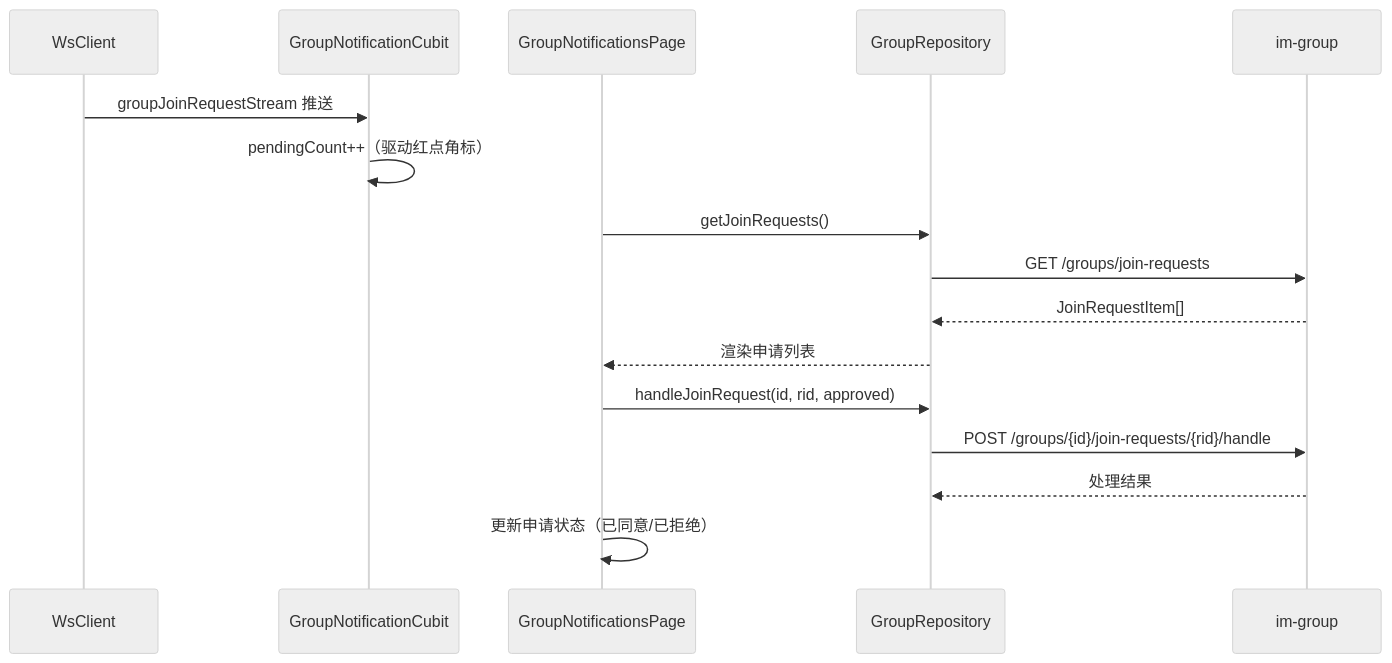
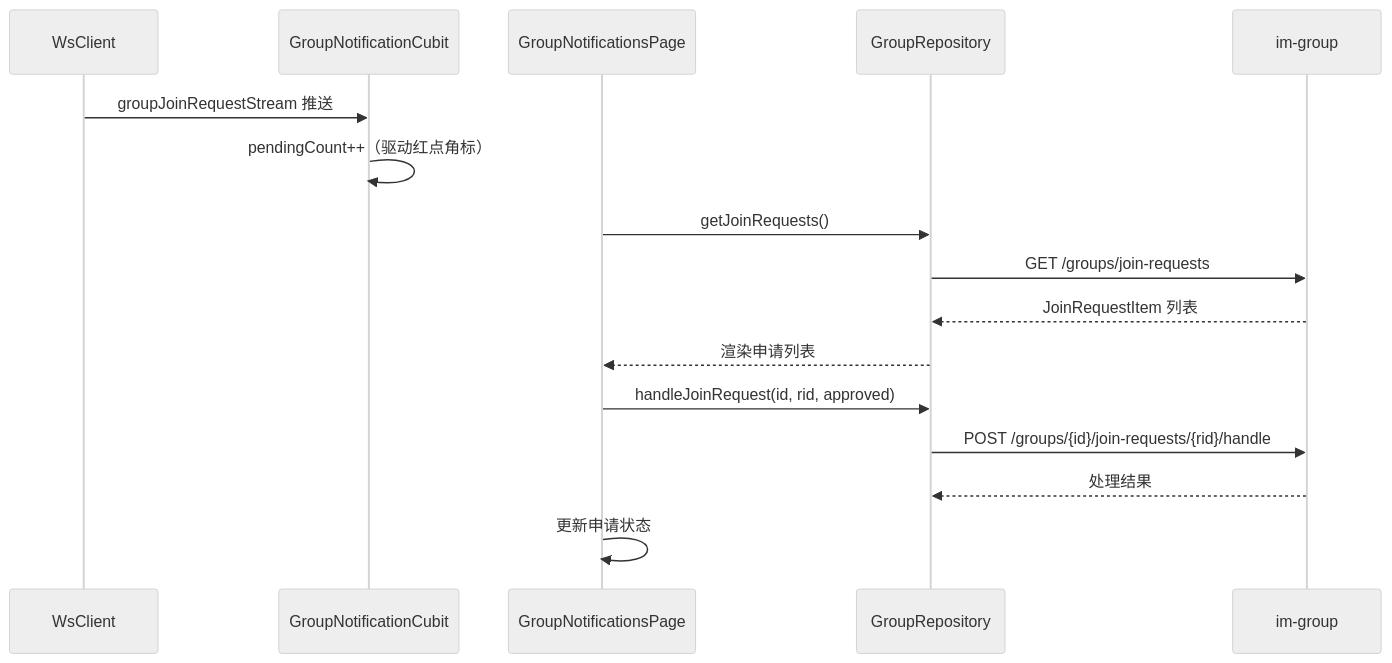
One commit to toly1994328/flash_im_by_ai changed the fourth of 6 diagrams in docs/features/archiver/modules/group/client.md. Above: the diagram before and after it, drawn with Mermaid (neutral theme). The commit also changed other lines of this file and 33 other files, not shown here.

````diff
--- a/docs/features/archiver/modules/group/client.md
+++ b/docs/features/archiver/modules/group/client.md
@@ -128,21 +150,21 @@
 ```mermaid
 sequenceDiagram
     participant WS as WsClient
     participant GNC as GroupNotificationCubit
     participant GNP as GroupNotificationsPage
     participant GR as GroupRepository
     participant API as im-group
 
     WS->>GNC: groupJoinRequestStream 推送
     GNC->>GNC: pendingCount++（驱动红点角标）
 
     GNP->>GR: getJoinRequests()
     GR->>API: GET /groups/join-requests
-    API-->>GR: JoinRequestItem[]
+    API-->>GR: JoinRequestItem 列表
     GR-->>GNP: 渲染申请列表
 
     GNP->>GR: handleJoinRequest(id, rid, approved)
     GR->>API: POST /groups/{id}/join-requests/{rid}/handle
     API-->>GR: 处理结果
-    GNP->>GNP: 更新申请状态（已同意/已拒绝）
+    GNP->>GNP: 更新申请状态
 ```
````
